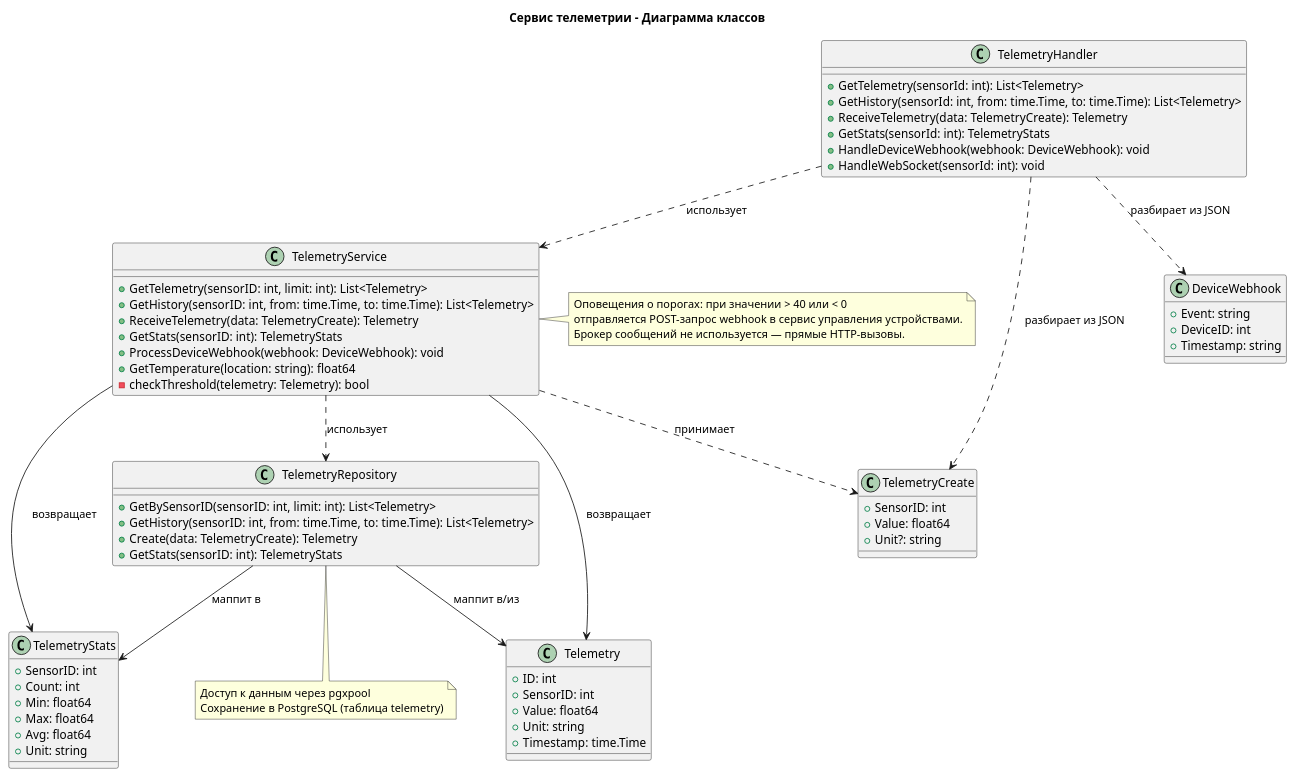
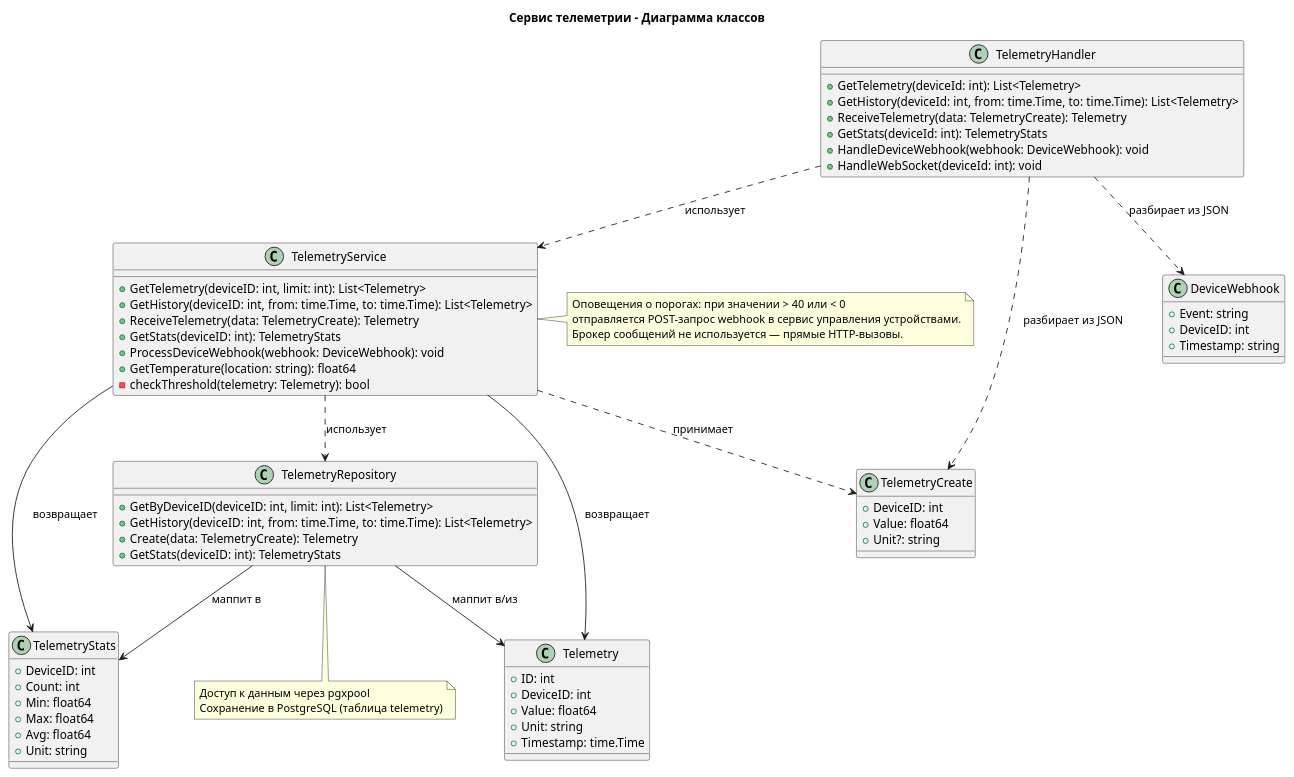
One commit to stebikhov/architecture-pro-warmhouse changed the diagram in docs/to-be/c4-code-telemetry-sequence.puml. Above: the diagram before and after it, drawn with PlantUML. The commit also changed 43 other files, not shown here.

Commit message:
Fix build and extends ER model

```diff
--- a/docs/to-be/c4-code-telemetry-sequence.puml
+++ b/docs/to-be/c4-code-telemetry-sequence.puml
@@ -1,96 +1,83 @@
-@startuml
+@startuml Сервис телеметрии
 title Сервис телеметрии - Диаграмма классов
-
-' --- DTO и Entity классы ---
 
 class Telemetry {
     +ID: int
-    +SensorID: int
+    +DeviceID: int
     +Value: float64
     +Unit: string
     +Timestamp: time.Time
 }
 
 class TelemetryCreate {
-    +SensorID: int
+    +DeviceID: int
     +Value: float64
     +Unit?: string
 }
 
 class TelemetryStats {
-    +SensorID: int
+    +DeviceID: int
     +Count: int
     +Min: float64
     +Max: float64
     +Avg: float64
     +Unit: string
 }
 
 class DeviceWebhook {
     +Event: string
     +DeviceID: int
     +Timestamp: string
 }
 
-' --- Слой приложения ---
-
 class TelemetryHandler {
-    +GetTelemetry(sensorId: int): List<Telemetry>
-    +GetHistory(sensorId: int, from: time.Time, to: time.Time): List<Telemetry>
+    +GetTelemetry(deviceId: int): List<Telemetry>
+    +GetHistory(deviceId: int, from: time.Time, to: time.Time): List<Telemetry>
     +ReceiveTelemetry(data: TelemetryCreate): Telemetry
-    +GetStats(sensorId: int): TelemetryStats
+    +GetStats(deviceId: int): TelemetryStats
     +HandleDeviceWebhook(webhook: DeviceWebhook): void
-    +HandleWebSocket(sensorId: int): void
+    +HandleWebSocket(deviceId: int): void
 }
 
 class TelemetryService {
-    +GetTelemetry(sensorID: int, limit: int): List<Telemetry>
-    +GetHistory(sensorID: int, from: time.Time, to: time.Time): List<Telemetry>
+    +GetTelemetry(deviceID: int, limit: int): List<Telemetry>
+    +GetHistory(deviceID: int, from: time.Time, to: time.Time): List<Telemetry>
     +ReceiveTelemetry(data: TelemetryCreate): Telemetry
-    +GetStats(sensorID: int): TelemetryStats
+    +GetStats(deviceID: int): TelemetryStats
     +ProcessDeviceWebhook(webhook: DeviceWebhook): void
     +GetTemperature(location: string): float64
     -checkThreshold(telemetry: Telemetry): bool
 }
 
 class TelemetryRepository {
-    +GetBySensorID(sensorID: int, limit: int): List<Telemetry>
-    +GetHistory(sensorID: int, from: time.Time, to: time.Time): List<Telemetry>
+    +GetByDeviceID(deviceID: int, limit: int): List<Telemetry>
+    +GetHistory(deviceID: int, from: time.Time, to: time.Time): List<Telemetry>
     +Create(data: TelemetryCreate): Telemetry
-    +GetStats(sensorID: int): TelemetryStats
+    +GetStats(deviceID: int): TelemetryStats
 }
 
-' --- Связи ---
-
-' Зависимости (использует)
 TelemetryHandler ..> TelemetryService : использует
 TelemetryService ..> TelemetryRepository : использует
 
-' Преобразование данных (DTO)
 TelemetryHandler ..> TelemetryCreate : разбирает из JSON
 TelemetryHandler ..> DeviceWebhook : разбирает из JSON
 
-' Возврат данных
 TelemetryService --> Telemetry : возвращает
 TelemetryService --> TelemetryStats : возвращает
 
-' Маппинг данных (Repository <-> DB / Entity)
 TelemetryRepository --> Telemetry : маппит в/из
 TelemetryRepository --> TelemetryStats : маппит в
 
-' Принятие данных для обработки
 TelemetryService ..> TelemetryCreate : принимает
 
 note right of TelemetryService
   Оповещения о порогах: при значении > 40 или < 0
   отправляется POST-запрос webhook в сервис управления устройствами.
   Брокер сообщений не используется — прямые HTTP-вызовы.
 end note
 
-' Примечание про БД (в диаграмме классов обычно не рисуют саму БД как класс,
-' но можно добавить заметку или стереотип, если критично)
 note bottom of TelemetryRepository
   Доступ к данным через pgxpool
   Сохранение в PostgreSQL (таблица telemetry)
 end note
 @enduml
```
